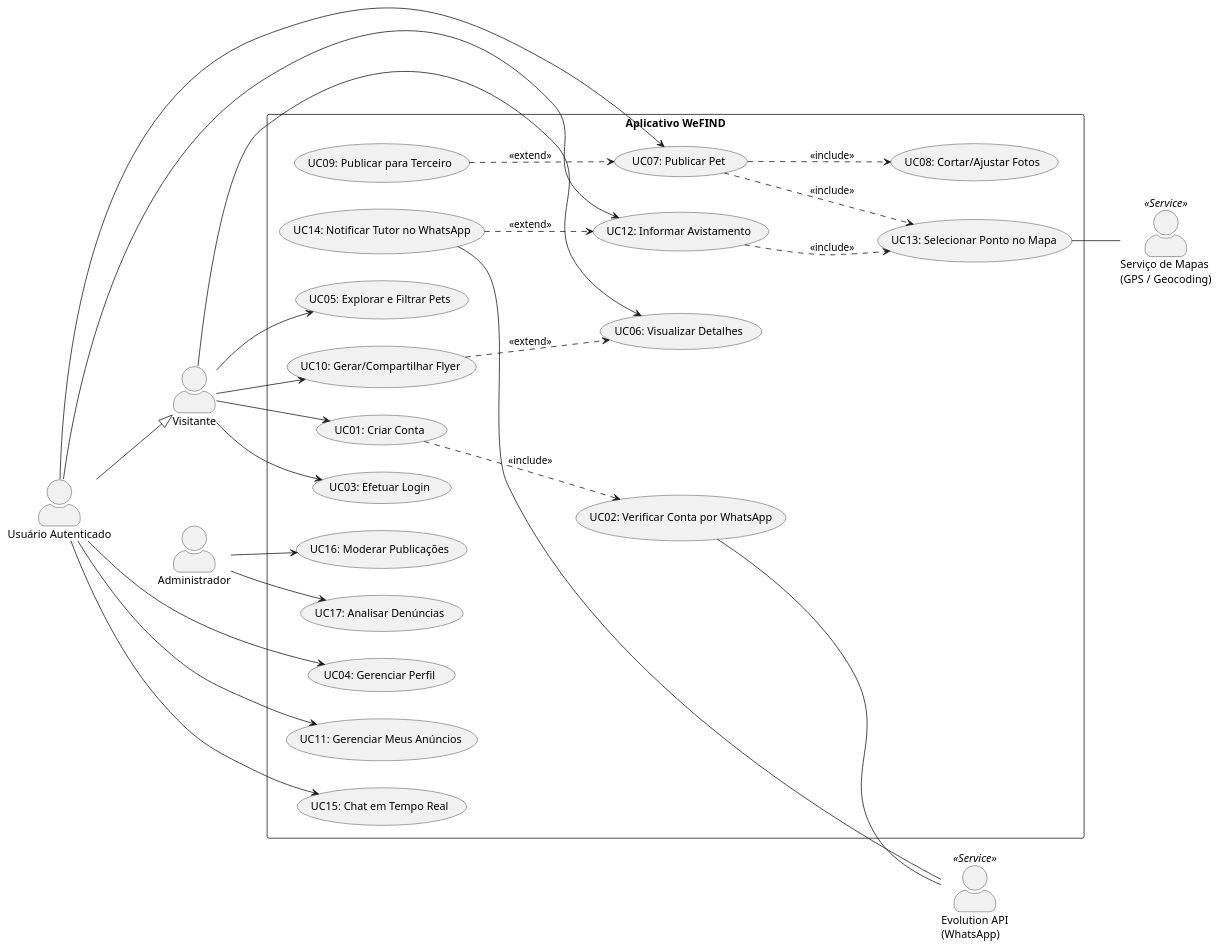
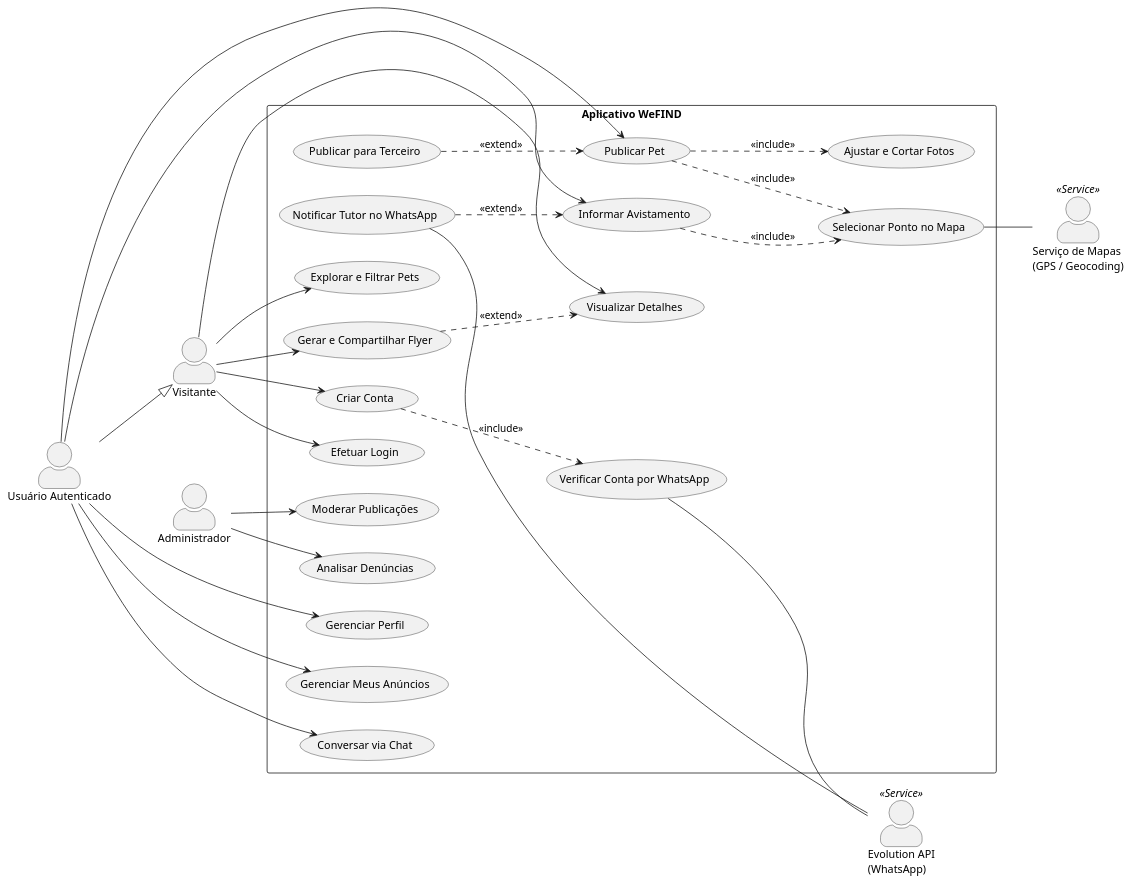
Before and after one commit to LuisHenriqueTSI/tcc_recover_aplicativo: the second of 2 diagrams in docs/DIAGRAMA_CASOS_DE_USO.md, drawn with PlantUML. The commit also changed other lines of this file, not shown here.

Commit message:
docs: remove UC prefixes from use case diagram bubbles

````diff
--- a/docs/DIAGRAMA_CASOS_DE_USO.md
+++ b/docs/DIAGRAMA_CASOS_DE_USO.md
@@ -165,63 +163,63 @@
 ```plantuml
 @startuml
 left to right direction
 skinparam packageStyle rectangle
 skinparam actorStyle awesome
 
 actor "Visitante" as Visitor
 actor "Usuário Autenticado" as User
 actor "Administrador" as Admin
 actor "Evolution API\n(WhatsApp)" as WhatsApp <<Service>>
 actor "Serviço de Mapas\n(GPS / Geocoding)" as Maps <<Service>>
 
 User --|> Visitor
 
 rectangle "Aplicativo WeFIND" {
-  usecase "UC01: Criar Conta" as UC1
-  usecase "UC02: Verificar Conta por WhatsApp" as UC2
-  usecase "UC03: Efetuar Login" as UC3
-  usecase "UC04: Gerenciar Perfil" as UC4
-  usecase "UC05: Explorar e Filtrar Pets" as UC5
-  usecase "UC06: Visualizar Detalhes" as UC6
-  usecase "UC07: Publicar Pet" as UC7
-  usecase "UC08: Cortar/Ajustar Fotos" as UC8
-  usecase "UC09: Publicar para Terceiro" as UC9
-  usecase "UC10: Gerar/Compartilhar Flyer" as UC10
-  usecase "UC11: Gerenciar Meus Anúncios" as UC11
-  usecase "UC12: Informar Avistamento" as UC12
-  usecase "UC13: Selecionar Ponto no Mapa" as UC13
-  usecase "UC14: Notificar Tutor no WhatsApp" as UC14
-  usecase "UC15: Chat em Tempo Real" as UC15
-  usecase "UC16: Moderar Publicações" as UC16
-  usecase "UC17: Analisar Denúncias" as UC17
+  usecase "Criar Conta" as UC1
+  usecase "Verificar Conta por WhatsApp" as UC2
+  usecase "Efetuar Login" as UC3
+  usecase "Gerenciar Perfil" as UC4
+  usecase "Explorar e Filtrar Pets" as UC5
+  usecase "Visualizar Detalhes" as UC6
+  usecase "Publicar Pet" as UC7
+  usecase "Ajustar e Cortar Fotos" as UC8
+  usecase "Publicar para Terceiro" as UC9
+  usecase "Gerar e Compartilhar Flyer" as UC10
+  usecase "Gerenciar Meus Anúncios" as UC11
+  usecase "Informar Avistamento" as UC12
+  usecase "Selecionar Ponto no Mapa" as UC13
+  usecase "Notificar Tutor no WhatsApp" as UC14
+  usecase "Conversar via Chat" as UC15
+  usecase "Moderar Publicações" as UC16
+  usecase "Analisar Denúncias" as UC17
 }
 
 Visitor --> UC1
 Visitor --> UC3
 Visitor --> UC5
 Visitor --> UC6
 Visitor --> UC10
 
 User --> UC7
 User --> UC12
 User --> UC15
 User --> UC11
 User --> UC4
 
 Admin --> UC16
 Admin --> UC17
 
 UC1 ..> UC2 : <<include>>
 UC7 ..> UC8 : <<include>>
 UC7 ..> UC13 : <<include>>
 UC12 ..> UC13 : <<include>>
 
 UC9 ..> UC7 : <<extend>>
 UC14 ..> UC12 : <<extend>>
 UC10 ..> UC6 : <<extend>>
 
 UC2 -- WhatsApp
 UC14 -- WhatsApp
 UC13 -- Maps
 @enduml
 ```
````
